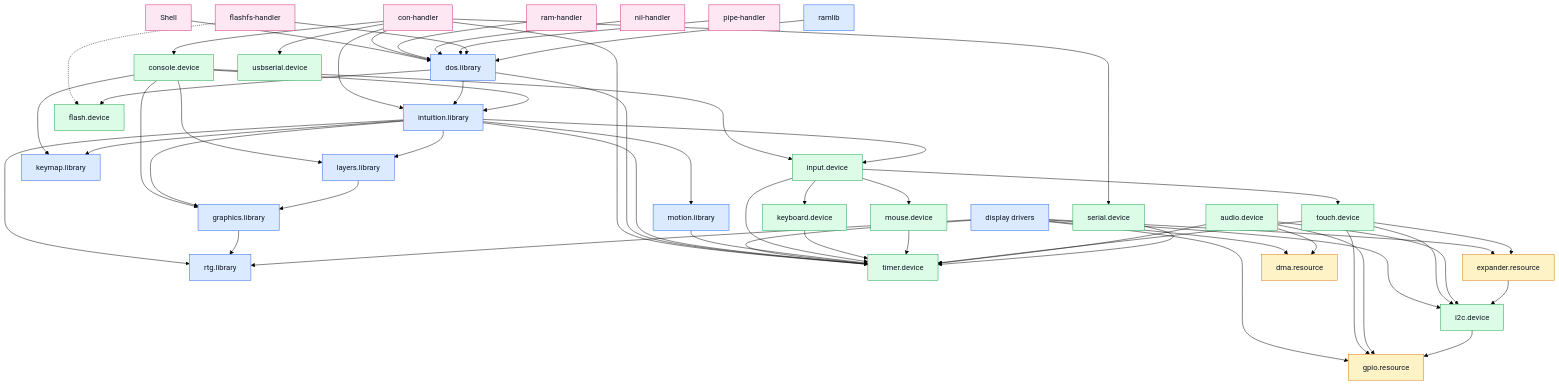
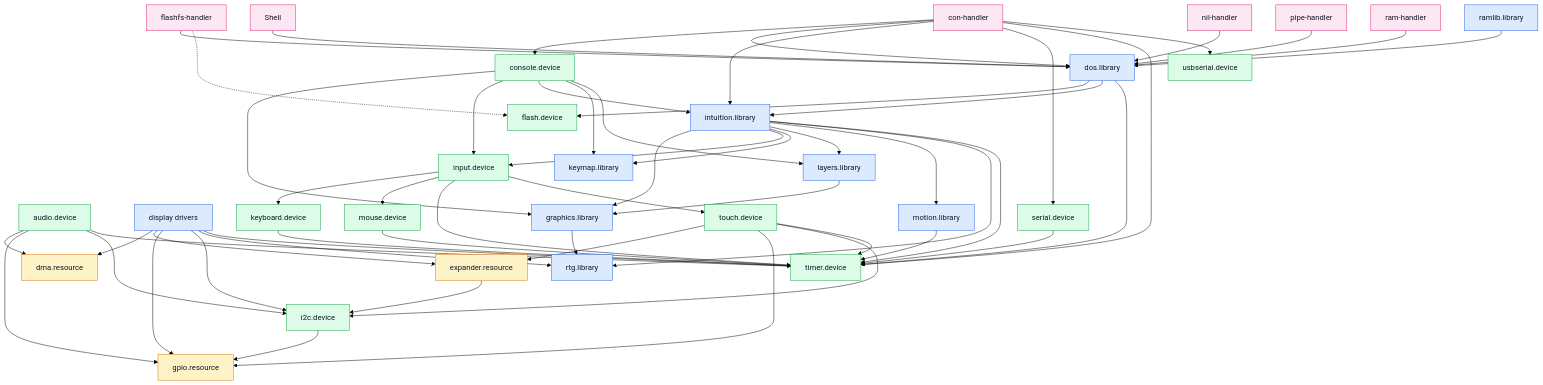
Before and after one commit to cycl0ne/poweros_esp32: the first of 3 diagrams in sdk/docs/modules.md, drawn with Mermaid (forest theme). The commit also changed other lines of this file and 2 other files, not shown here.

First line of the commit message:
tools: modchart, the module charts made from the source

````diff
--- a/sdk/docs/modules.md
+++ b/sdk/docs/modules.md
@@ -27,96 +30,96 @@
 ```mermaid
 flowchart TB
-    n_shell["Shell"]
-    n_con["con-handler"]
-    n_ram["ram-handler"]
-    n_nil["nil-handler"]
-    n_pipe["pipe-handler"]
-    n_flashfs["flashfs-handler"]
-    n_ramlib["ramlib"]
-    n_dos["dos.library"]
-    n_console["console.device"]
-    n_intuition["intuition.library"]
-    n_layers["layers.library"]
-    n_graphics["graphics.library"]
-    n_rtg["rtg.library"]
-    n_drivers["display drivers"]
-    n_keymap["keymap.library"]
-    n_motion["motion.library"]
-    n_input["input.device"]
-    n_keyboard["keyboard.device"]
-    n_mouse["mouse.device"]
-    n_touch["touch.device"]
-    n_audio["audio.device"]
-    n_serial["serial.device"]
-    n_usbserial["usbserial.device"]
-    n_flash["flash.device"]
-    n_timer["timer.device"]
-    n_i2c["i2c.device"]
-    n_expander["expander.resource"]
-    n_gpio["gpio.resource"]
-    n_dma["dma.resource"]
+    m_Shell["Shell"]
+    m_audio_device["audio.device"]
+    m_con_handler["con-handler"]
+    m_console_device["console.device"]
+    m_display_drivers["display drivers"]
+    m_dma_resource["dma.resource"]
+    m_dos_library["dos.library"]
+    m_expander_resource["expander.resource"]
+    m_flash_device["flash.device"]
+    m_flashfs_handler["flashfs-handler"]
+    m_gpio_resource["gpio.resource"]
+    m_graphics_library["graphics.library"]
+    m_i2c_device["i2c.device"]
+    m_input_device["input.device"]
+    m_intuition_library["intuition.library"]
+    m_keyboard_device["keyboard.device"]
+    m_keymap_library["keymap.library"]
+    m_layers_library["layers.library"]
+    m_motion_library["motion.library"]
+    m_mouse_device["mouse.device"]
+    m_nil_handler["nil-handler"]
+    m_pipe_handler["pipe-handler"]
+    m_ram_handler["ram-handler"]
+    m_ramlib_library["ramlib.library"]
+    m_rtg_library["rtg.library"]
+    m_serial_device["serial.device"]
+    m_timer_device["timer.device"]
+    m_touch_device["touch.device"]
+    m_usbserial_device["usbserial.device"]
 
-    n_shell --> n_dos
-    n_con --> n_dos
-    n_con --> n_intuition
-    n_con --> n_console
-    n_con --> n_serial
-    n_con --> n_usbserial
-    n_con --> n_timer
-    n_ram --> n_dos
-    n_nil --> n_dos
-    n_pipe --> n_dos
-    n_flashfs --> n_dos
-    n_flashfs -.-> n_flash
-    n_ramlib --> n_dos
-    n_dos --> n_intuition
-    n_dos --> n_flash
-    n_dos --> n_timer
-    n_console --> n_intuition
-    n_console --> n_layers
-    n_console --> n_graphics
-    n_console --> n_input
-    n_console --> n_keymap
-    n_intuition --> n_layers
-    n_intuition --> n_graphics
-    n_intuition --> n_rtg
-    n_intuition --> n_input
-    n_intuition --> n_keymap
-    n_intuition --> n_motion
-    n_intuition --> n_timer
-    n_layers --> n_graphics
-    n_graphics --> n_rtg
-    n_drivers --> n_rtg
-    n_drivers --> n_i2c
-    n_drivers --> n_expander
-    n_drivers --> n_gpio
-    n_drivers --> n_dma
-    n_drivers --> n_timer
-    n_motion --> n_timer
-    n_input --> n_keyboard
-    n_input --> n_mouse
-    n_input --> n_touch
-    n_input --> n_timer
-    n_keyboard --> n_timer
-    n_mouse --> n_timer
-    n_touch --> n_i2c
-    n_touch --> n_expander
-    n_touch --> n_gpio
-    n_touch --> n_timer
-    n_audio --> n_i2c
-    n_audio --> n_gpio
-    n_audio --> n_dma
-    n_audio --> n_timer
-    n_serial --> n_timer
-    n_expander --> n_i2c
-    n_i2c --> n_gpio
+    m_Shell --> m_dos_library
+    m_audio_device --> m_dma_resource
+    m_audio_device --> m_gpio_resource
+    m_audio_device --> m_i2c_device
+    m_audio_device --> m_timer_device
+    m_con_handler --> m_console_device
+    m_con_handler --> m_dos_library
+    m_con_handler --> m_intuition_library
+    m_con_handler --> m_serial_device
+    m_con_handler --> m_timer_device
+    m_con_handler --> m_usbserial_device
+    m_console_device --> m_graphics_library
+    m_console_device --> m_input_device
+    m_console_device --> m_intuition_library
+    m_console_device --> m_keymap_library
+    m_console_device --> m_layers_library
+    m_display_drivers --> m_dma_resource
+    m_display_drivers --> m_expander_resource
+    m_display_drivers --> m_gpio_resource
+    m_display_drivers --> m_i2c_device
+    m_display_drivers --> m_rtg_library
+    m_display_drivers --> m_timer_device
+    m_dos_library --> m_flash_device
+    m_dos_library --> m_intuition_library
+    m_dos_library --> m_timer_device
+    m_expander_resource --> m_i2c_device
+    m_flashfs_handler --> m_dos_library
+    m_flashfs_handler -.-> m_flash_device
+    m_graphics_library --> m_rtg_library
+    m_i2c_device --> m_gpio_resource
+    m_input_device --> m_keyboard_device
+    m_input_device --> m_mouse_device
+    m_input_device --> m_timer_device
+    m_input_device --> m_touch_device
+    m_intuition_library --> m_graphics_library
+    m_intuition_library --> m_input_device
+    m_intuition_library --> m_keymap_library
+    m_intuition_library --> m_layers_library
+    m_intuition_library --> m_motion_library
+    m_intuition_library --> m_rtg_library
+    m_intuition_library --> m_timer_device
+    m_keyboard_device --> m_timer_device
+    m_layers_library --> m_graphics_library
+    m_motion_library --> m_timer_device
+    m_mouse_device --> m_timer_device
+    m_nil_handler --> m_dos_library
+    m_pipe_handler --> m_dos_library
+    m_ram_handler --> m_dos_library
+    m_ramlib_library --> m_dos_library
+    m_serial_device --> m_timer_device
+    m_touch_device --> m_expander_resource
+    m_touch_device --> m_gpio_resource
+    m_touch_device --> m_i2c_device
+    m_touch_device --> m_timer_device
 
     classDef lib fill:#dbeafe,stroke:#2563eb,color:#111827
+    class m_display_drivers,m_dos_library,m_graphics_library,m_intuition_library,m_keymap_library,m_layers_library,m_motion_library,m_ramlib_library,m_rtg_library lib
     classDef dev fill:#dcfce7,stroke:#16a34a,color:#111827
+    class m_audio_device,m_console_device,m_flash_device,m_i2c_device,m_input_device,m_keyboard_device,m_mouse_device,m_serial_device,m_timer_device,m_touch_device,m_usbserial_device dev
     classDef res fill:#fef3c7,stroke:#d97706,color:#111827
+    class m_dma_resource,m_expander_resource,m_gpio_resource res
     classDef hand fill:#fce7f3,stroke:#db2777,color:#111827
-    class n_ramlib,n_dos,n_intuition,n_layers,n_graphics,n_rtg,n_drivers,n_keymap,n_motion lib
-    class n_console,n_input,n_keyboard,n_mouse,n_touch,n_audio,n_serial,n_usbserial,n_flash,n_timer,n_i2c dev
-    class n_expander,n_gpio,n_dma res
-    class n_shell,n_con,n_ram,n_nil,n_pipe,n_flashfs hand
+    class m_Shell,m_con_handler,m_flashfs_handler,m_nil_handler,m_pipe_handler,m_ram_handler hand
 ```
````
